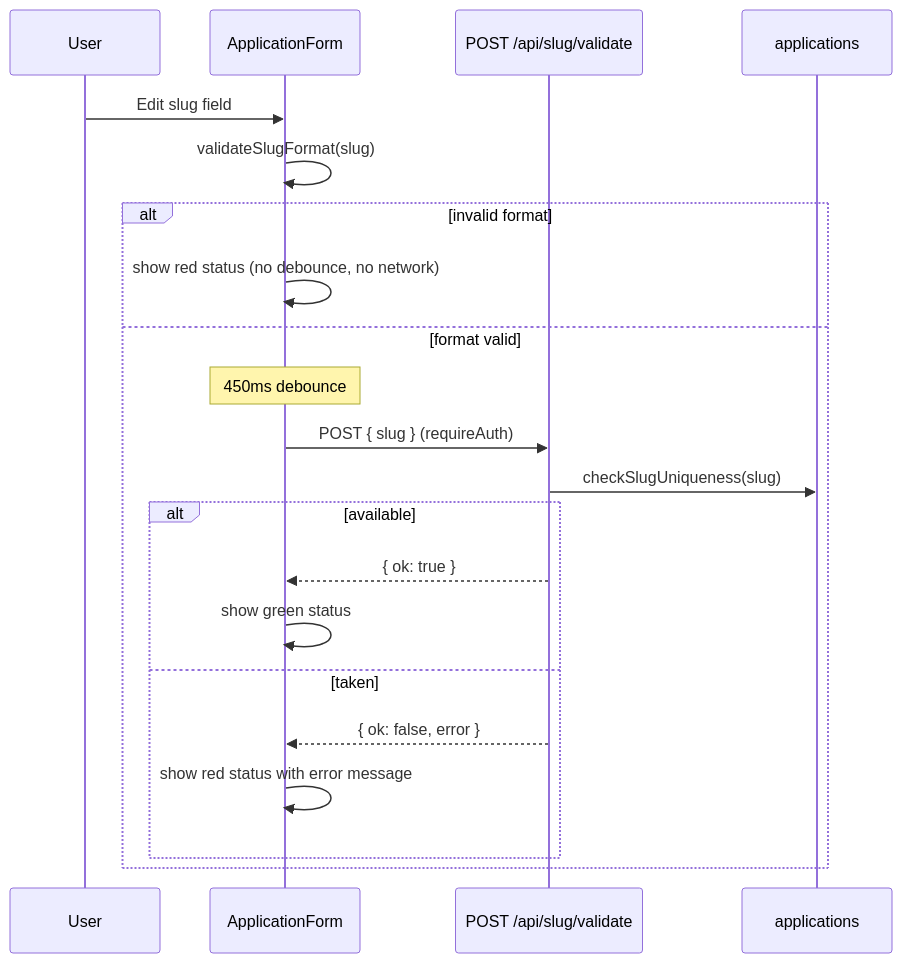
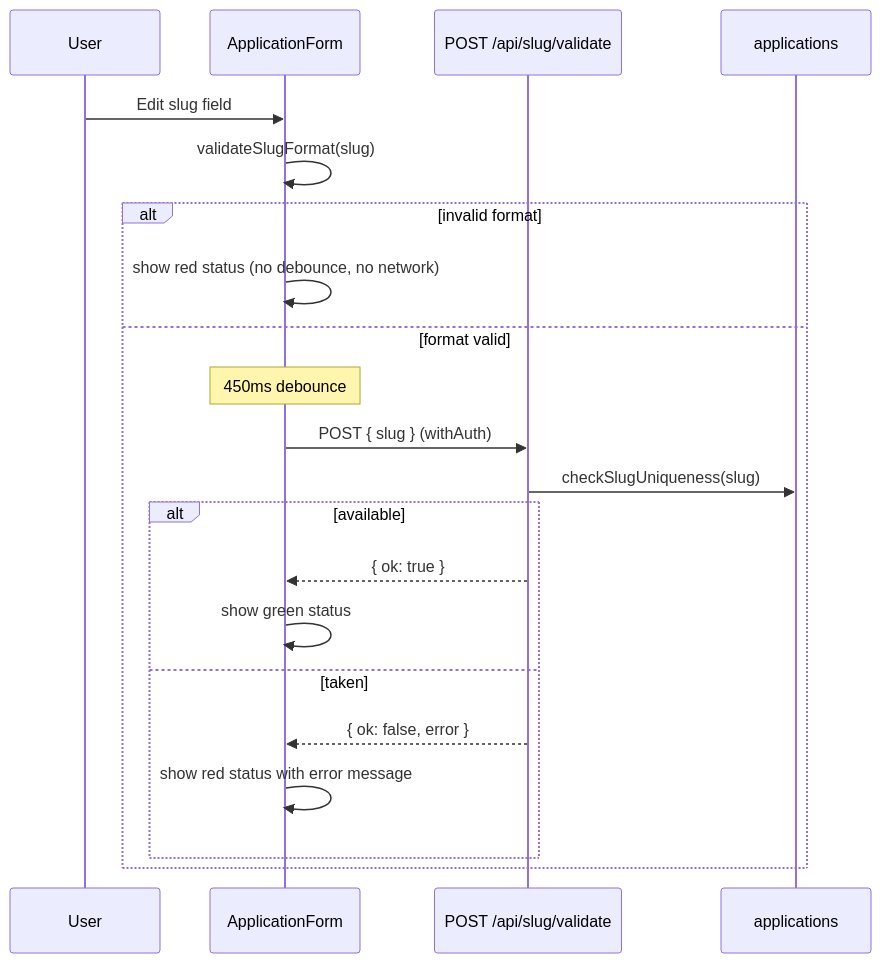
One commit to joan-gerard/my-hire-view changed the seventh of 13 diagrams in docs/DATA_FLOW.md. Above: the diagram before and after it, drawn with Mermaid. The commit also changed other lines of this file and 26 other files, not shown here.

Commit message:
refactor: add shared withAuth helper so API routes stop mislabeling failures as 401

````diff
--- a/docs/DATA_FLOW.md
+++ b/docs/DATA_FLOW.md
@@ -238,24 +238,24 @@
 ```mermaid
 sequenceDiagram
   participant U as User
   participant Form as ApplicationForm
   participant ValidateAPI as POST /api/slug/validate
   participant Applications as applications
 
   U->>Form: Edit slug field
   Form->>Form: validateSlugFormat(slug)
   alt invalid format
     Form->>Form: show red status (no debounce, no network)
   else format valid
     Note over Form: 450ms debounce
-    Form->>ValidateAPI: POST { slug } (requireAuth)
+    Form->>ValidateAPI: POST { slug } (withAuth)
     ValidateAPI->>Applications: checkSlugUniqueness(slug)
     alt available
       ValidateAPI-->>Form: { ok: true }
       Form->>Form: show green status
     else taken
       ValidateAPI-->>Form: { ok: false, error }
       Form->>Form: show red status with error message
     end
   end
 ```
````
